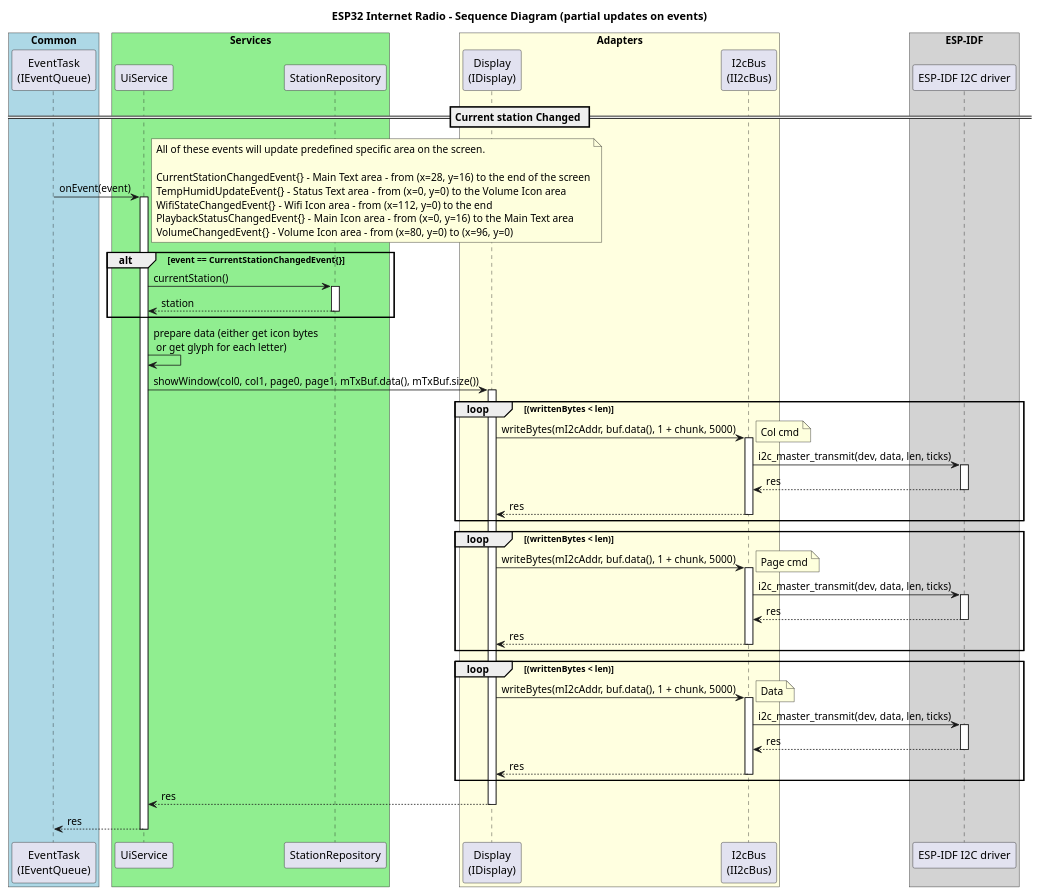
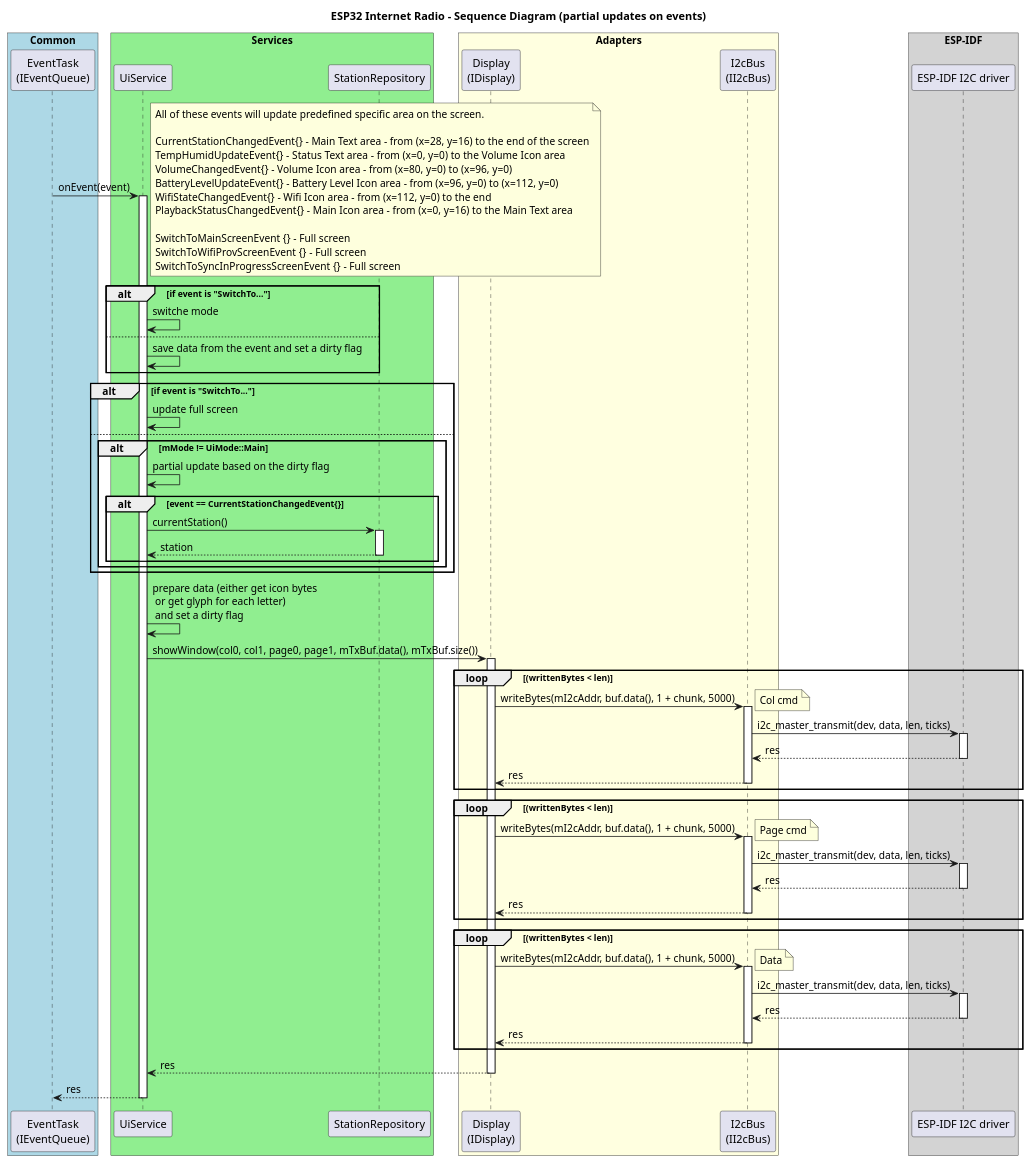
Before and after one commit to ArturChechui/esp_radio: the diagram in docs/diagrams/sequence/seq_ui_events.puml, drawn with PlantUML. The commit also changed 123 other files, not shown here.

```diff
--- a/docs/diagrams/sequence/seq_ui_events.puml
+++ b/docs/diagrams/sequence/seq_ui_events.puml
@@ -1,79 +1,97 @@
 @startuml seq_ui_events.puml
 title ESP32 Internet Radio - Sequence Diagram (partial updates on events)
 
 box "Common" #LightBlue
 participant "EventTask\n(IEventQueue)" as UITASK
 end box
 
 box "Services" #LightGreen
 participant "UiService" as UISVC
 participant "StationRepository" as REPO
 end box
 
 box "Adapters" #LightYellow
 participant "Display\n(IDisplay)" as DISP
 participant "I2cBus\n(II2cBus)" as I2C
 
 end box
 box "ESP-IDF" #LightGray
 participant "ESP-IDF I2C driver" as IDF
 end box
 
-== Current station Changed ==
 UITASK -> UISVC ++: onEvent(event)
 note right
 All of these events will update predefined specific area on the screen.
 
 CurrentStationChangedEvent{} - Main Text area - from (x=28, y=16) to the end of the screen
 TempHumidUpdateEvent{} - Status Text area - from (x=0, y=0) to the Volume Icon area
+VolumeChangedEvent{} - Volume Icon area - from (x=80, y=0) to (x=96, y=0)
+BatteryLevelUpdateEvent{} - Battery Level Icon area - from (x=96, y=0) to (x=112, y=0)
 WifiStateChangedEvent{} - Wifi Icon area - from (x=112, y=0) to the end
 PlaybackStatusChangedEvent{} - Main Icon area - from (x=0, y=16) to the Main Text area
-VolumeChangedEvent{} - Volume Icon area - from (x=80, y=0) to (x=96, y=0)
+
+SwitchToMainScreenEvent {} - Full screen
+SwitchToWifiProvScreenEvent {} - Full screen
+SwitchToSyncInProgressScreenEvent {} - Full screen
 end note
 
-alt event == CurrentStationChangedEvent{}
-UISVC -> REPO ++: currentStation()
-return station
+alt if event is "SwitchTo..."
+    UISVC -> UISVC: switche mode
+else
+    UISVC -> UISVC: save data from the event and set a dirty flag
 end
-UISVC -> UISVC: prepare data (either get icon bytes\n or get glyph for each letter)
+
+alt if event is "SwitchTo..."
+    UISVC -> UISVC: update full screen
+else
+    alt mMode != UiMode::Main
+        UISVC -> UISVC: partial update based on the dirty flag
+        alt event == CurrentStationChangedEvent{}
+            UISVC -> REPO ++: currentStation()
+            return station
+        end
+    end 
+end
+
+UISVC -> UISVC: prepare data (either get icon bytes\n or get glyph for each letter) \n and set a dirty flag
 UISVC -> DISP ++: showWindow(col0, col1, page0, page1, mTxBuf.data(), mTxBuf.size())
 
 loop (writtenBytes < len)
     DISP -> I2C ++: writeBytes(mI2cAddr, buf.data(), 1 + chunk, 5000)
     note right
     Col cmd
     end note
     I2C -> IDF ++: i2c_master_transmit(dev, data, len, ticks)
     return res
     return res
 end
 
 loop (writtenBytes < len) 
     DISP -> I2C ++: writeBytes(mI2cAddr, buf.data(), 1 + chunk, 5000)
     note right
     Page cmd
     end note
     I2C -> IDF ++: i2c_master_transmit(dev, data, len, ticks)
     return res
     return res
 end
 
 loop (writtenBytes < len) 
     DISP -> I2C ++: writeBytes(mI2cAddr, buf.data(), 1 + chunk, 5000)
     note right
     Data
     end note
     I2C -> IDF ++: i2c_master_transmit(dev, data, len, ticks)
     return res
     return res
 end
 return res
 return res
 
 deactivate UISVC
 deactivate DISP
 deactivate I2C
 deactivate IDF
 deactivate UITASK
 
 @enduml
```
